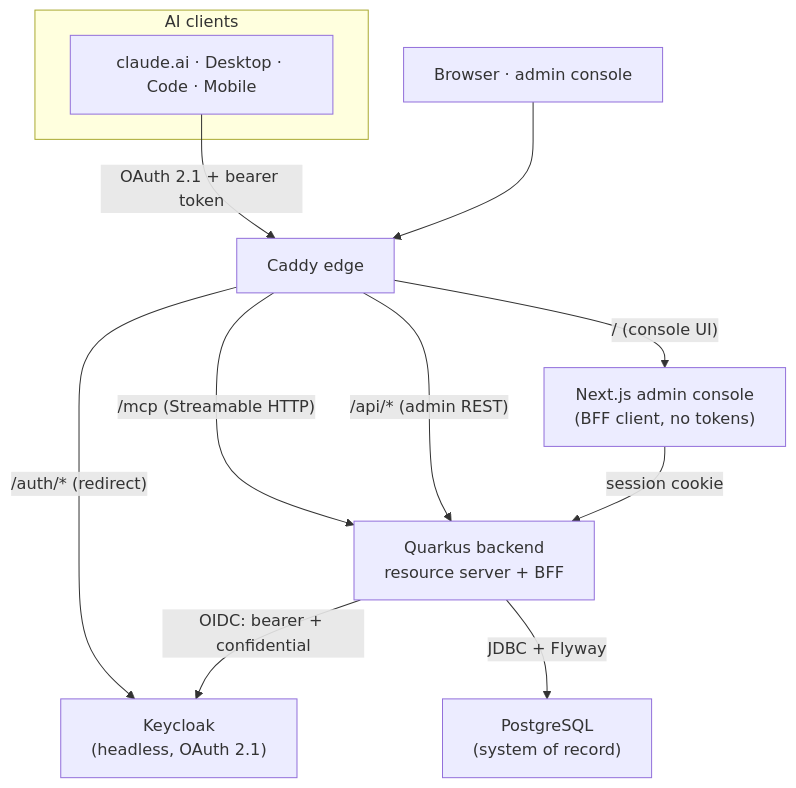
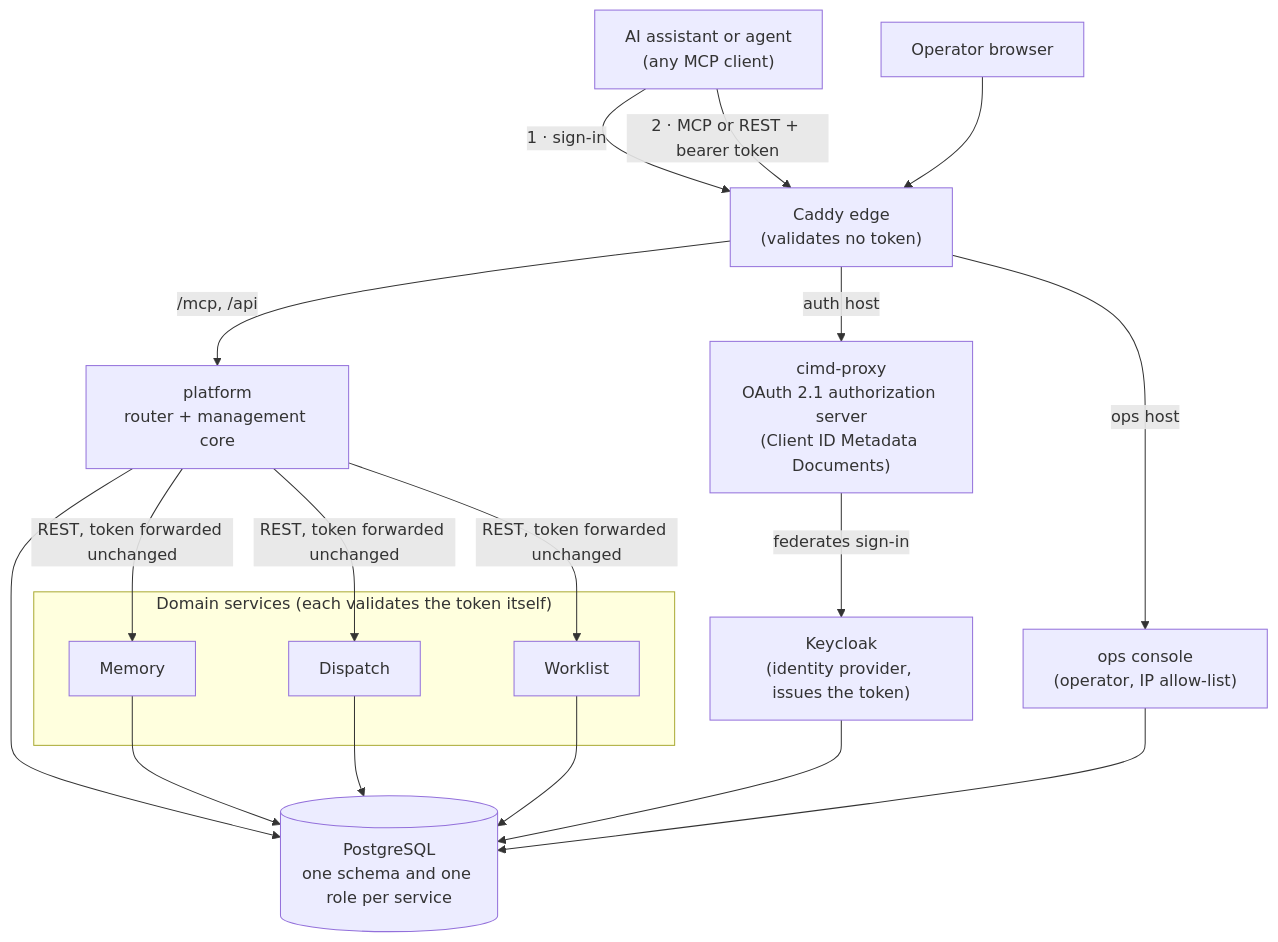
One commit to Kumbuka-ai/kumbuka changed the diagram in README.md. Above: the diagram before and after it, drawn with Mermaid. The commit also changed other lines of this file, not shown here.

First line of the commit message:
README: describe the current service set and redraw the architecture

````diff
--- a/README.md
+++ b/README.md
@@ -135,25 +131,40 @@
 ```mermaid
 flowchart TD
-    subgraph clients[AI clients]
-      A["claude.ai · Desktop · Code · Mobile"]
+    C["AI assistant or agent<br/>(any MCP client)"]
+    O["Operator browser"]
+
+    E["Caddy edge<br/>(validates no token)"]
+
+    X["cimd-proxy<br/>OAuth 2.1 authorization server<br/>(Client ID Metadata Documents)"]
+    K["Keycloak<br/>(identity provider, issues the token)"]
+
+    R["platform<br/>router + management core"]
+
+    subgraph services["Domain services (each validates the token itself)"]
+      M["Memory"]
+      D["Dispatch"]
+      W["Worklist"]
     end
-    B[Browser · admin console]
 
-    A -- "OAuth 2.1 + bearer token" --> E
-    B --> E
+    OC["ops console<br/>(operator, IP allow-list)"]
+    P[("PostgreSQL<br/>one schema and one role per service")]
 
-    E[Caddy edge]
-    E -- "/mcp (Streamable HTTP)" --> S
-    E -- "/api/* (admin REST)" --> S
-    E -- "/ (console UI)" --> N
-    E -- "/auth/* (redirect)" --> K
+    C -- "1 · sign-in" --> E
+    E -- "auth host" --> X
+    X -- "federates sign-in" --> K
+    C -- "2 · MCP or REST + bearer token" --> E
+    E -- "/mcp, /api" --> R
+    R -- "REST, token forwarded unchanged" --> M
+    R -- "REST, token forwarded unchanged" --> D
+    R -- "REST, token forwarded unchanged" --> W
 
-    S["Quarkus backend<br/>resource server + BFF"]
-    N["Next.js admin console<br/>(BFF client, no tokens)"]
-    K["Keycloak<br/>(headless, OAuth 2.1)"]
-    P["PostgreSQL<br/>(system of record)"]
+    O --> E
+    E -- "ops host" --> OC
 
-    N -- "session cookie" --> S
-    S -- "OIDC: bearer + confidential" --> K
-    S -- "JDBC + Flyway" --> P
+    R --> P
+    M --> P
+    D --> P
+    W --> P
+    K --> P
+    OC --> P
 ```
````
